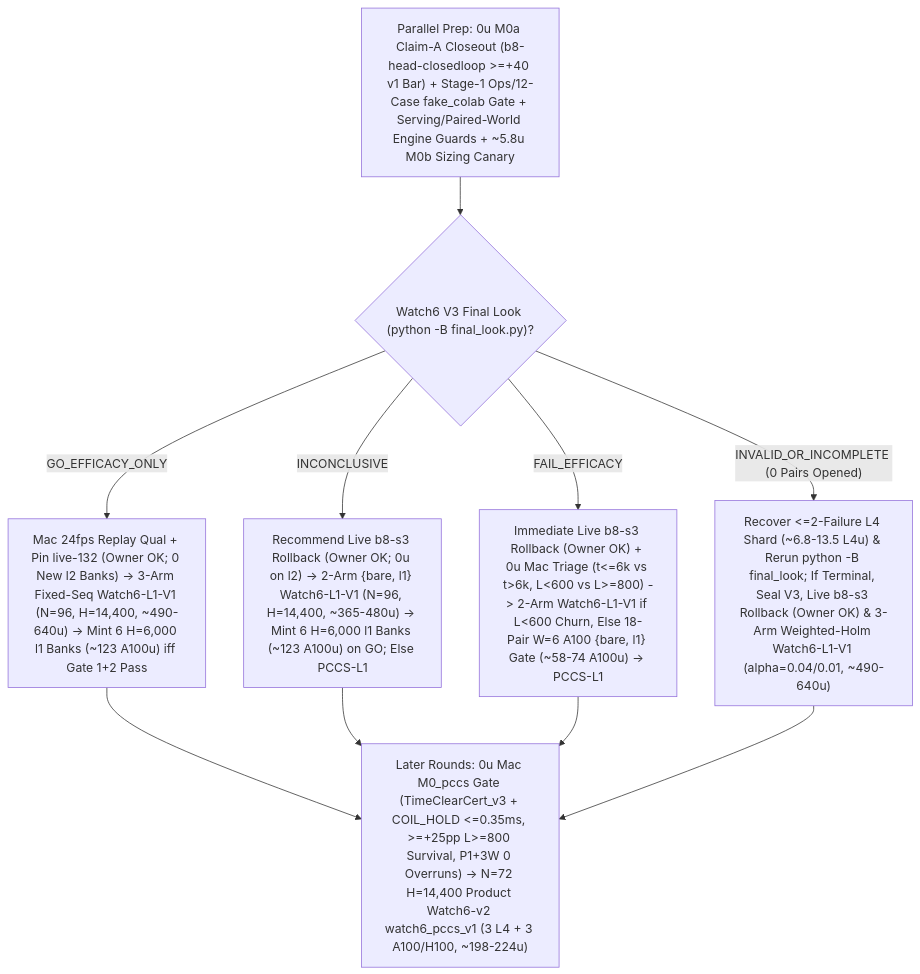
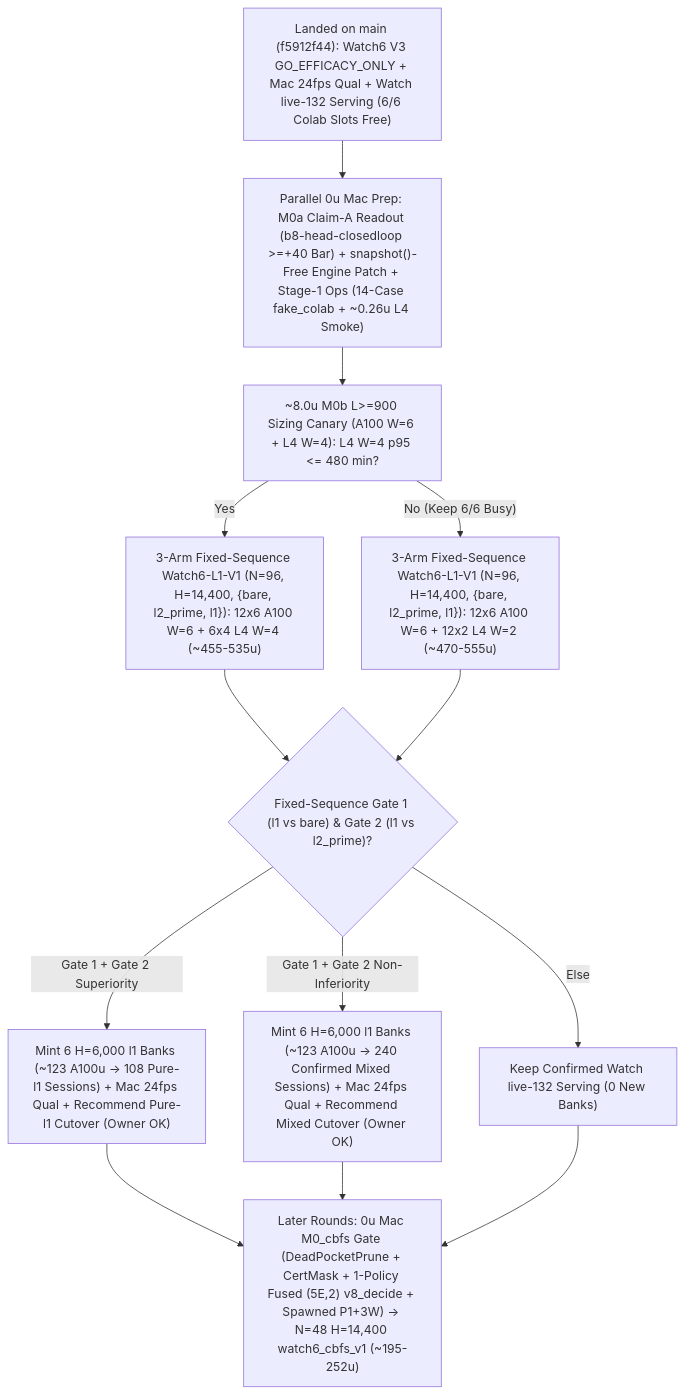
One commit to josenunezwork/snake-dqn changed the diagram in docs/research/ROADMAP.md. Above: the diagram before and after it, drawn with Mermaid. The commit also changed other lines of this file, not shown here.

Commit message:
docs(roadmap): fold in round-17 synthesis as current and later-round advice

````diff
--- a/docs/research/ROADMAP.md
+++ b/docs/research/ROADMAP.md
@@ -99,12 +95,15 @@
 ```mermaid
 flowchart TD
-    PREP["Parallel Prep: 0u M0a Claim-A Closeout (b8-head-closedloop >=+40 v1 Bar) + Stage-1 Ops/12-Case fake_colab Gate + Serving/Paired-World Engine Guards + ~5.8u M0b Sizing Canary"] --> V3{"Watch6 V3 Final Look (python -B final_look.py)?"}
-    V3 -- "GO_EFFICACY_ONLY" --> GO["Mac 24fps Replay Qual + Pin live-132 (Owner OK; 0 New l2 Banks) -> 3-Arm Fixed-Seq Watch6-L1-V1 (N=96, H=14,400, ~490-640u) -> Mint 6 H=6,000 l1 Banks (~123 A100u) iff Gate 1+2 Pass"]
-    V3 -- "INCONCLUSIVE" --> INC["Recommend Live b8-s3 Rollback (Owner OK; 0u on l2) -> 2-Arm {bare, l1} Watch6-L1-V1 (N=96, H=14,400, ~365-480u) -> Mint 6 H=6,000 l1 Banks (~123 A100u) on GO; Else PCCS-L1"]
-    V3 -- "FAIL_EFFICACY" --> FAIL["Immediate Live b8-s3 Rollback (Owner OK) + 0u Mac Triage (t<=6k vs t>6k, L<600 vs L>=800) -> 2-Arm Watch6-L1-V1 if L<600 Churn, Else 18-Pair W=6 A100 {bare, l1} Gate (~58-74 A100u) -> PCCS-L1"]
-    V3 -- "INVALID_OR_INCOMPLETE (0 Pairs Opened)" --> INV["Recover <=2-Failure L4 Shard (~6.8-13.5 L4u) & Rerun python -B final_look; If Terminal, Seal V3, Live b8-s3 Rollback (Owner OK) & 3-Arm Weighted-Holm Watch6-L1-V1 (alpha=0.04/0.01, ~490-640u)"]
-    GO --> LATER["Later Rounds: 0u Mac M0_pccs Gate (TimeClearCert_v3 + COIL_HOLD <=0.35ms, >=+25pp L>=800 Survival, P1+3W 0 Overruns) -> N=72 H=14,400 Product Watch6-v2 watch6_pccs_v1 (3 L4 + 3 A100/H100, ~198-224u)"]
-    INC --> LATER
-    FAIL --> LATER
-    INV --> LATER
+    LIVE["Landed on main (f5912f44): Watch6 V3 GO_EFFICACY_ONLY + Mac 24fps Qual + Watch live-132 Serving (6/6 Colab Slots Free)"] --> PREP["Parallel 0u Mac Prep: M0a Claim-A Readout (b8-head-closedloop >=+40 Bar) + snapshot()-Free Engine Patch + Stage-1 Ops (14-Case fake_colab + ~0.26u L4 Smoke)"]
+    PREP --> M0B["~8.0u M0b L>=900 Sizing Canary (A100 W=6 + L4 W=4): L4 W=4 p95 <= 480 min?"]
+    M0B -- "Yes" --> V1A["3-Arm Fixed-Sequence Watch6-L1-V1 (N=96, H=14,400, {bare, l2_prime, l1}): 12x6 A100 W=6 + 6x4 L4 W=4 (~455-535u)"]
+    M0B -- "No (Keep 6/6 Busy)" --> V1B["3-Arm Fixed-Sequence Watch6-L1-V1 (N=96, H=14,400, {bare, l2_prime, l1}): 12x6 A100 W=6 + 12x2 L4 W=2 (~470-555u)"]
+    V1A --> GATES{"Fixed-Sequence Gate 1 (l1 vs bare) & Gate 2 (l1 vs l2_prime)?"}
+    V1B --> GATES
+    GATES -- "Gate 1 + Gate 2 Superiority" --> SUP["Mint 6 H=6,000 l1 Banks (~123 A100u -> 108 Pure-l1 Sessions) + Mac 24fps Qual + Recommend Pure-l1 Cutover (Owner OK)"]
+    GATES -- "Gate 1 + Gate 2 Non-Inferiority" --> NI["Mint 6 H=6,000 l1 Banks (~123 A100u -> 240 Confirmed Mixed Sessions) + Mac 24fps Qual + Recommend Mixed Cutover (Owner OK)"]
+    GATES -- "Else" --> KEEP["Keep Confirmed Watch live-132 Serving (0 New Banks)"]
+    SUP --> LATER["Later Rounds: 0u Mac M0_cbfs Gate (DeadPocketPrune + CertMask + 1-Policy Fused (5E,2) v8_decide + Spawned P1+3W) -> N=48 H=14,400 watch6_cbfs_v1 (~195-252u)"]
+    NI --> LATER
+    KEEP --> LATER
 ```
````
